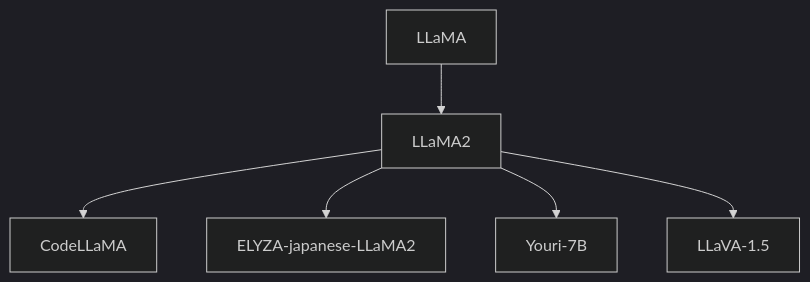
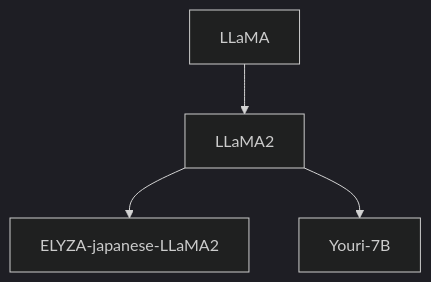
Diagram 23 of 23 in doc/llm.md (ted-sharp/chatvox), drawn with Mermaid (dark theme) before and after one commit. The commit also changed other lines of this file, not shown here.

````diff
--- a/doc/llm.md
+++ b/doc/llm.md
@@ -1067,8 +1091,6 @@
 ```mermaid
 flowchart
 
-LLaMA --> LLaMA2 --> CodeLLaMA
-LLaMA2 --> ELYZA-japanese-LLaMA2
+LLaMA --> LLaMA2 --> ELYZA-japanese-LLaMA2
 LLaMA2 --> Youri-7B
-LLaMA2 --> LLaVA-1.5
 ```
````
